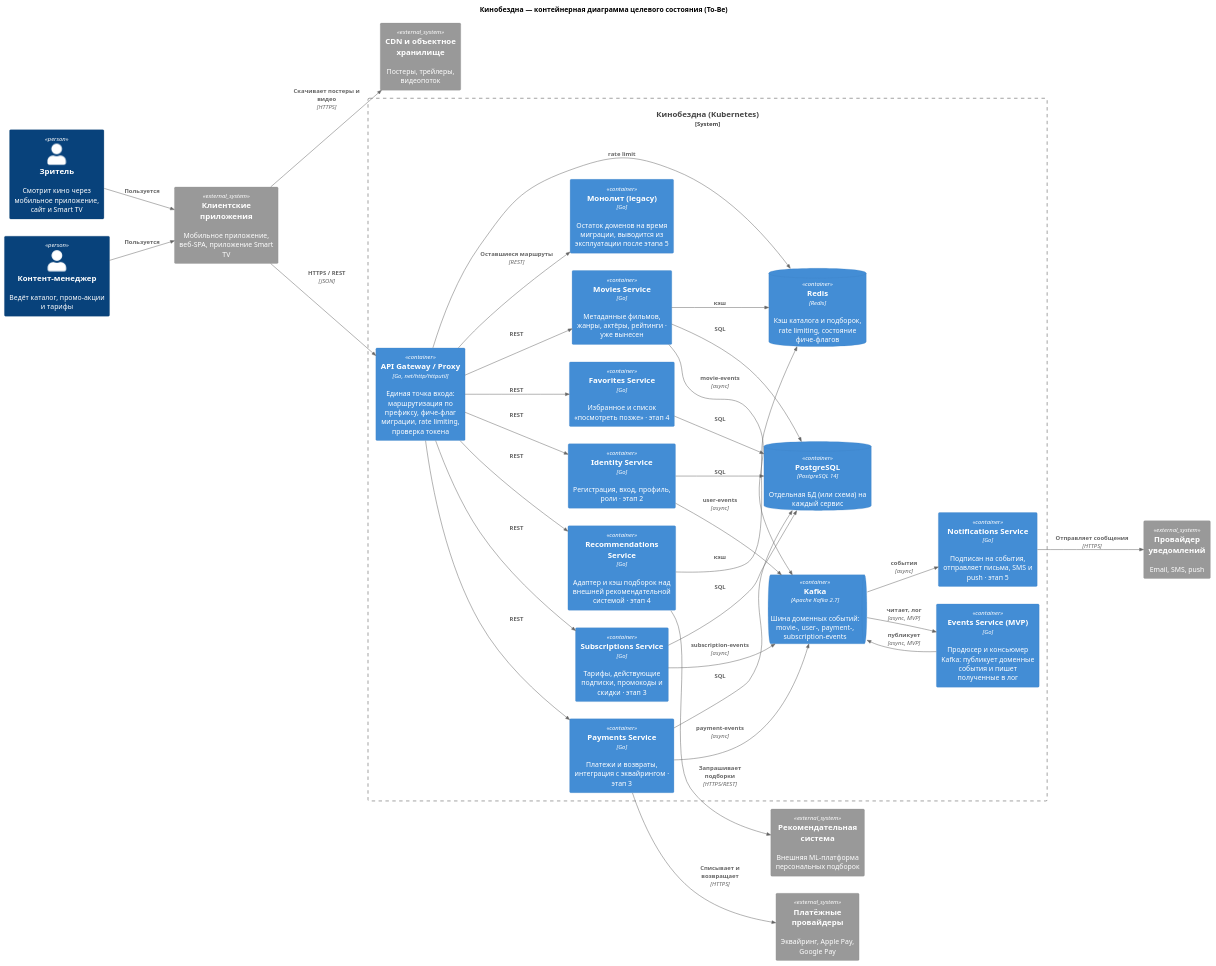
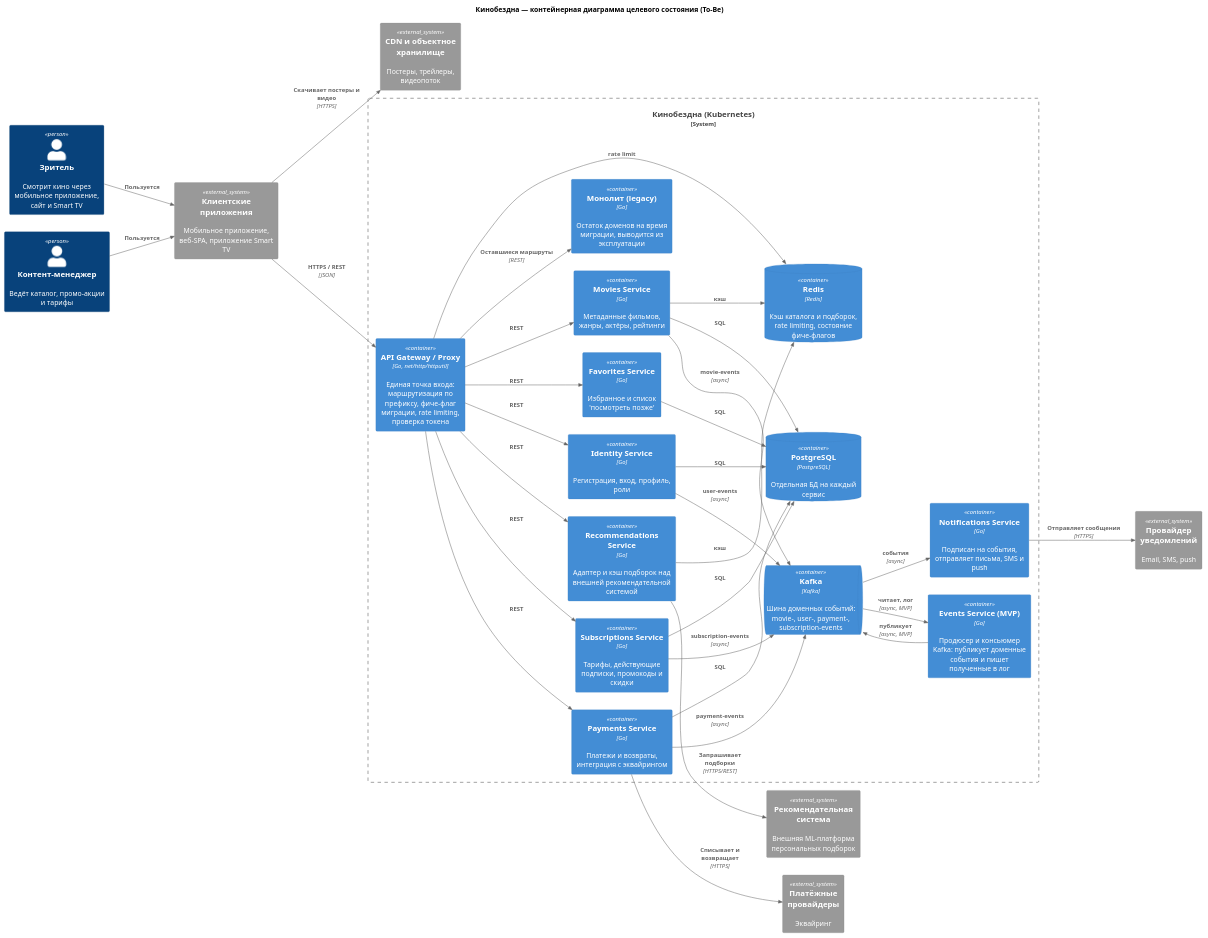
One commit to ivukalov/cinemaabyss changed the diagram in docs/architecture/c4-container.puml. Above: the diagram before and after it, drawn with PlantUML. The commit also changed 2 other files, not shown here.

Commit message:
Перерисовал контейнерную диаграмму после правок PlantUML

```diff
--- a/docs/architecture/c4-container.puml
+++ b/docs/architecture/c4-container.puml
@@ -1,72 +1,72 @@
 @startuml C4_Container_ToBe
 !include <C4/C4_Container>
 
 title Кинобездна — контейнерная диаграмма целевого состояния (To-Be)
 
 Person(viewer, "Зритель", "Смотрит кино через мобильное приложение, сайт и Smart TV")
 Person(editor, "Контент-менеджер", "Ведёт каталог, промо-акции и тарифы")
 
 System_Boundary(cinemaabyss, "Кинобездна (Kubernetes)") {
 
   Container(gateway, "API Gateway / Proxy", "Go, net/http/httputil", "Единая точка входа: маршрутизация по префиксу, фиче-флаг миграции, rate limiting, проверка токена")
 
-  Container(identity, "Identity Service", "Go", "Регистрация, вход, профиль, роли · этап 2")
-  Container(movies, "Movies Service", "Go", "Метаданные фильмов, жанры, актёры, рейтинги · уже вынесен")
-  Container(subscriptions, "Subscriptions Service", "Go", "Тарифы, действующие подписки, промокоды и скидки · этап 3")
-  Container(payments, "Payments Service", "Go", "Платежи и возвраты, интеграция с эквайрингом · этап 3")
-  Container(favorites, "Favorites Service", "Go", "Избранное и список «посмотреть позже» · этап 4")
-  Container(recommendations, "Recommendations Service", "Go", "Адаптер и кэш подборок над внешней рекомендательной системой · этап 4")
-  Container(notifications, "Notifications Service", "Go", "Подписан на события, отправляет письма, SMS и push · этап 5")
+  Container(identity, "Identity Service", "Go", "Регистрация, вход, профиль, роли")
+  Container(movies, "Movies Service", "Go", "Метаданные фильмов, жанры, актёры, рейтинги")
+  Container(subscriptions, "Subscriptions Service", "Go", "Тарифы, действующие подписки, промокоды и скидки")
+  Container(payments, "Payments Service", "Go", "Платежи и возвраты, интеграция с эквайрингом")
+  Container(favorites, "Favorites Service", "Go", "Избранное и список 'посмотреть позже'")
+  Container(recommendations, "Recommendations Service", "Go", "Адаптер и кэш подборок над внешней рекомендательной системой")
+  Container(notifications, "Notifications Service", "Go", "Подписан на события, отправляет письма, SMS и push")
   Container(events, "Events Service (MVP)", "Go", "Продюсер и консьюмер Kafka: публикует доменные события и пишет полученные в лог")
 
-  Container(monolith, "Монолит (legacy)", "Go", "Остаток доменов на время миграции, выводится из эксплуатации после этапа 5")
+  Container(monolith, "Монолит (legacy)", "Go", "Остаток доменов на время миграции, выводится из эксплуатации")
 
-  ContainerQueue(kafka, "Kafka", "Apache Kafka 2.7", "Шина доменных событий: movie-, user-, payment-, subscription-events")
-  ContainerDb(db, "PostgreSQL", "PostgreSQL 14", "Отдельная БД (или схема) на каждый сервис")
+  ContainerQueue(kafka, "Kafka", "Kafka", "Шина доменных событий: movie-, user-, payment-, subscription-events")
+  ContainerDb(db, "PostgreSQL", "PostgreSQL", "Отдельная БД на каждый сервис")
   ContainerDb(redis, "Redis", "Redis", "Кэш каталога и подборок, rate limiting, состояние фиче-флагов")
 }
 
 System_Ext(clients, "Клиентские приложения", "Мобильное приложение, веб-SPA, приложение Smart TV")
 System_Ext(recsys, "Рекомендательная система", "Внешняя ML-платформа персональных подборок")
-System_Ext(acquirer, "Платёжные провайдеры", "Эквайринг, Apple Pay, Google Pay")
+System_Ext(acquirer, "Платёжные провайдеры", "Эквайринг")
 System_Ext(media, "CDN и объектное хранилище", "Постеры, трейлеры, видеопоток")
 System_Ext(messaging, "Провайдер уведомлений", "Email, SMS, push")
 
 Rel(viewer, clients, "Пользуется")
 Rel(editor, clients, "Пользуется")
 Rel(clients, gateway, "HTTPS / REST", "JSON")
 Rel(clients, media, "Скачивает постеры и видео", "HTTPS")
 
 Rel(gateway, identity, "REST")
 Rel(gateway, movies, "REST")
 Rel(gateway, subscriptions, "REST")
 Rel(gateway, payments, "REST")
 Rel(gateway, favorites, "REST")
 Rel(gateway, recommendations, "REST")
 Rel(gateway, monolith, "Оставшиеся маршруты", "REST")
 Rel(gateway, redis, "rate limit")
 
 Rel(identity, db, "SQL")
 Rel(movies, db, "SQL")
 Rel(subscriptions, db, "SQL")
 Rel(payments, db, "SQL")
 Rel(favorites, db, "SQL")
 
 Rel(movies, redis, "кэш")
 Rel(recommendations, redis, "кэш")
 
 Rel(identity, kafka, "user-events", "async")
 Rel(movies, kafka, "movie-events", "async")
 Rel(payments, kafka, "payment-events", "async")
 Rel(subscriptions, kafka, "subscription-events", "async")
 
 Rel(events, kafka, "публикует", "async, MVP")
 Rel(kafka, events, "читает, лог", "async, MVP")
 Rel(kafka, notifications, "события", "async")
 
 Rel(payments, acquirer, "Списывает и возвращает", "HTTPS")
 Rel(recommendations, recsys, "Запрашивает подборки", "HTTPS/REST")
 Rel(notifications, messaging, "Отправляет сообщения", "HTTPS")
 
 LAYOUT_LEFT_RIGHT()
 @enduml
```
